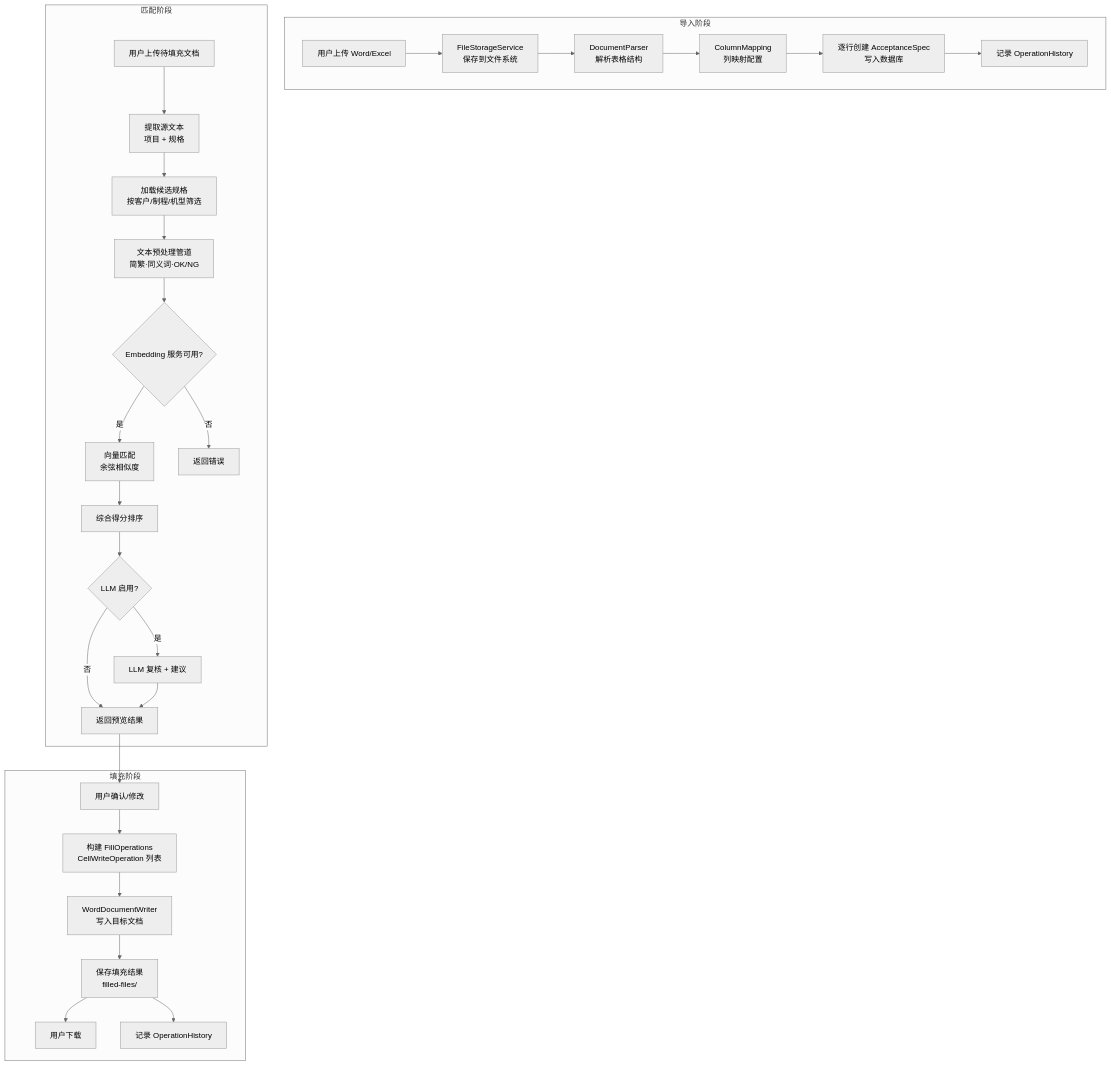
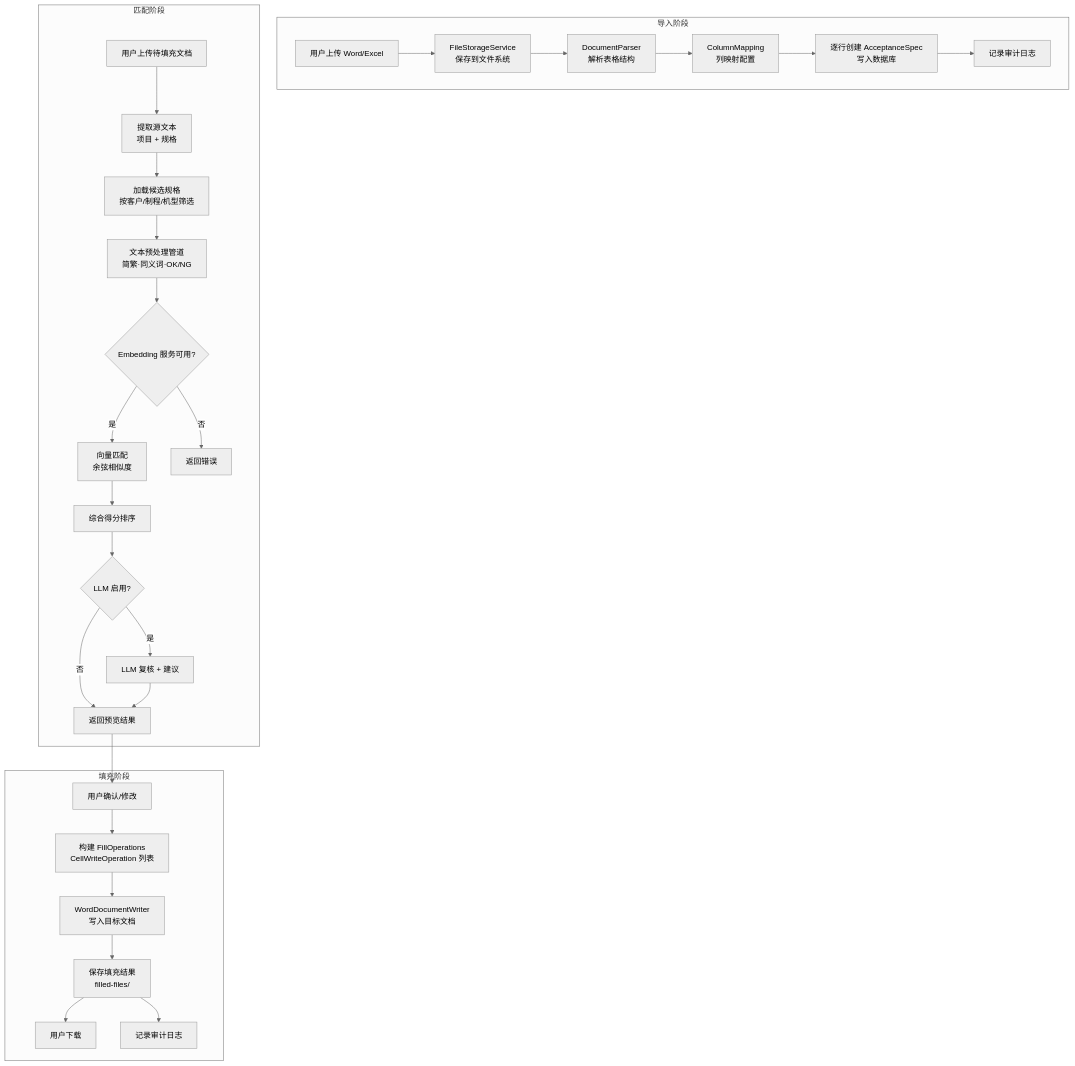
Diagram 28 of 28 in docs/design-overview.md (xiaocaiisxiaocai/AcceptanceSpecRecognition), drawn with Mermaid (neutral theme) before and after one commit. The commit also changed other lines of this file and 162 other files, not shown here.

````diff
--- a/docs/design-overview.md
+++ b/docs/design-overview.md
@@ -1184,33 +1176,33 @@
 ```mermaid
 graph TB
     subgraph 导入阶段
         U1[用户上传 Word/Excel] --> UPLOAD[FileStorageService<br/>保存到文件系统]
         UPLOAD --> PARSE[DocumentParser<br/>解析表格结构]
         PARSE --> MAP[ColumnMapping<br/>列映射配置]
         MAP --> IMPORT[逐行创建 AcceptanceSpec<br/>写入数据库]
-        IMPORT --> HIST1[记录 OperationHistory]
+        IMPORT --> LOG1[记录审计日志]
     end
 
     subgraph 匹配阶段
         U2[用户上传待填充文档] --> EXTRACT[提取源文本<br/>项目 + 规格]
         EXTRACT --> CAND[加载候选规格<br/>按客户/制程/机型筛选]
         CAND --> PREPROC[文本预处理管道<br/>简繁·同义词·OK/NG]
         PREPROC --> EMBCHK{Embedding 服务可用?}
         EMBCHK -- 是 --> VEC[向量匹配<br/>余弦相似度]
         VEC --> SCORE[综合得分排序]
         SCORE --> LLM_OPT{LLM 启用?}
         EMBCHK -- 否 --> ERR[返回错误]
         LLM_OPT -- 是 --> LLM_PROC[LLM 复核 + 建议]
         LLM_OPT -- 否 --> PREVIEW
         LLM_PROC --> PREVIEW[返回预览结果]
     end
 
     subgraph 填充阶段
         PREVIEW --> CONFIRM[用户确认/修改]
         CONFIRM --> FILL_OPS[构建 FillOperations<br/>CellWriteOperation 列表]
         FILL_OPS --> WRITER[WordDocumentWriter<br/>写入目标文档]
         WRITER --> SAVE[保存填充结果<br/>filled-files/]
         SAVE --> DL[用户下载]
-        SAVE --> HIST2[记录 OperationHistory]
+        SAVE --> LOG2[记录审计日志]
     end
 ```
````
